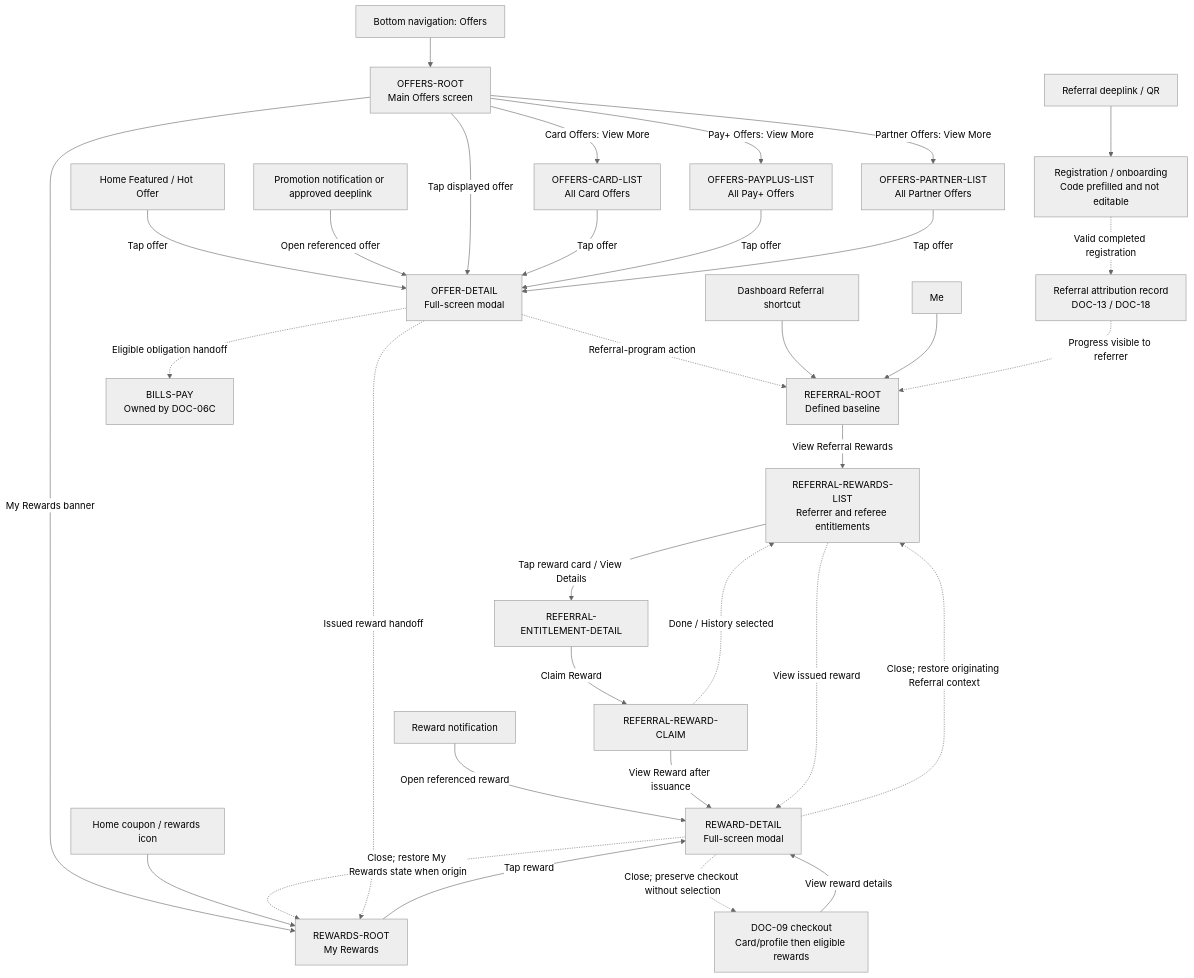
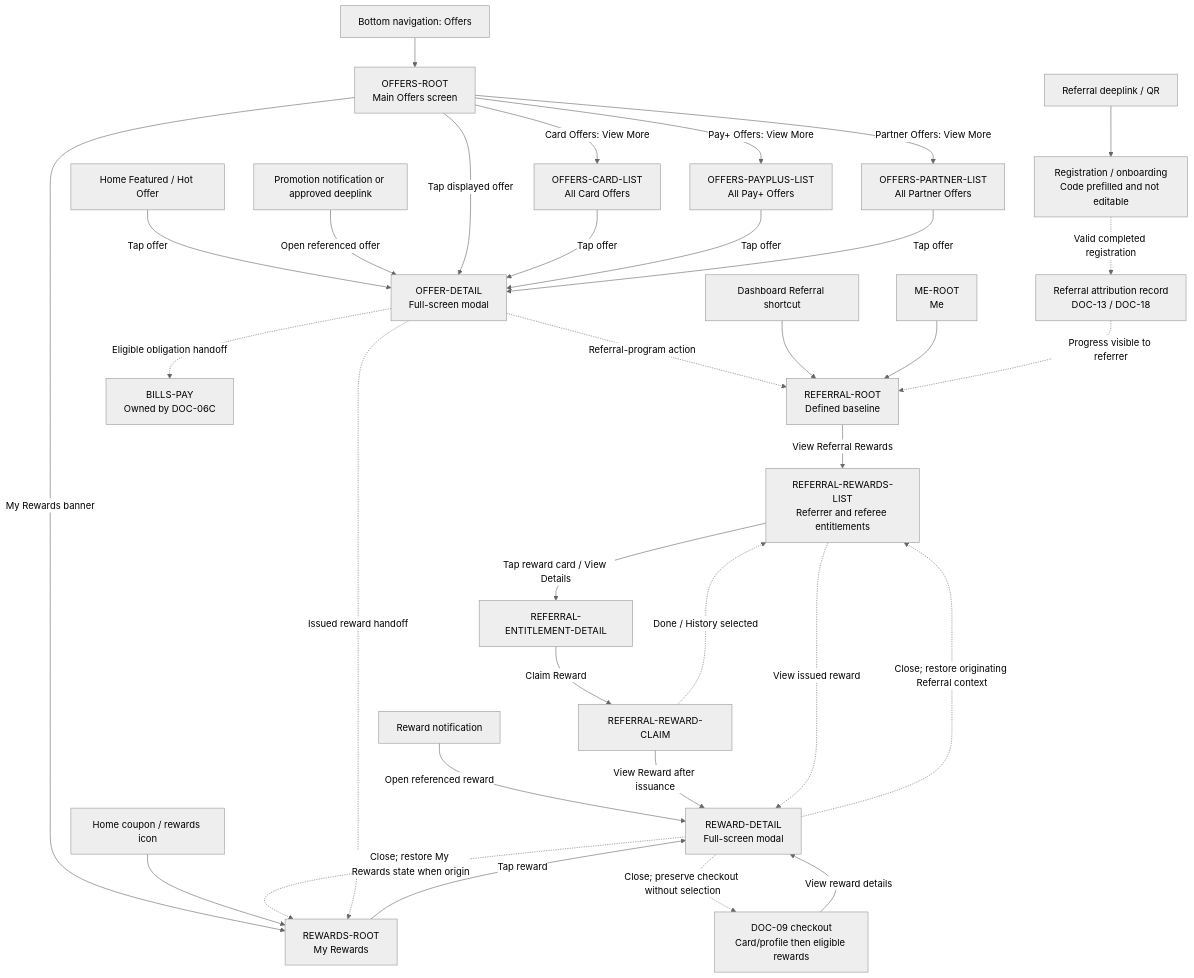
Before and after one commit to adminpayplus/payplus-docs: the seventh of 8 diagrams in docs/diagrams/payplus-app-route-entry-map.md, drawn with Mermaid (neutral theme). The commit also changed other lines of this file and 13 other files, not shown here.

````diff
--- a/docs/diagrams/payplus-app-route-entry-map.md
+++ b/docs/diagrams/payplus-app-route-entry-map.md
@@ -219,40 +218,40 @@
 ```mermaid
 flowchart TD
   NAV["Bottom navigation: Offers"] --> OROOT["OFFERS-ROOT<br/>Main Offers screen"]
   FEATURED["Home Featured / Hot Offer"] -->|"Tap offer"| ODETAIL["OFFER-DETAIL<br/>Full-screen modal"]
   PROMONOTIF["Promotion notification or approved deeplink"] -->|"Open referenced offer"| ODETAIL
 
   OROOT -->|"Tap displayed offer"| ODETAIL
   OROOT -->|"Card Offers: View More"| CARDLIST["OFFERS-CARD-LIST<br/>All Card Offers"]
   OROOT -->|"Pay+ Offers: View More"| PAYPLUSLIST["OFFERS-PAYPLUS-LIST<br/>All Pay+ Offers"]
   OROOT -->|"Partner Offers: View More"| PARTNERLIST["OFFERS-PARTNER-LIST<br/>All Partner Offers"]
   CARDLIST -->|"Tap offer"| ODETAIL
   PAYPLUSLIST -->|"Tap offer"| ODETAIL
   PARTNERLIST -->|"Tap offer"| ODETAIL
 
   OROOT -->|"My Rewards banner"| REWARDS["REWARDS-ROOT<br/>My Rewards"]
   REWARDICON["Home coupon / rewards icon"] --> REWARDS
   REWARDNOTIF["Reward notification"] -->|"Open referenced reward"| RDETAIL["REWARD-DETAIL<br/>Full-screen modal"]
   REWARDS -->|"Tap reward"| RDETAIL
   RDETAIL -. "Close; restore My Rewards state when origin" .-> REWARDS
   CHECKOUT["DOC-09 checkout<br/>Card/profile then eligible rewards"] -->|"View reward details"| RDETAIL
   RDETAIL -. "Close; preserve checkout without selection" .-> CHECKOUT
 
   ODETAIL -. "Referral-program action" .-> REFERRAL
   REFSHORTCUT["Dashboard Referral shortcut"] --> REFERRAL["REFERRAL-ROOT<br/>Defined baseline"]
-  ME["Me"] --> REFERRAL
+  ME["ME-ROOT<br/>Me"] --> REFERRAL
   REFERRAL -->|"View Referral Rewards"| REFLIST["REFERRAL-REWARDS-LIST<br/>Referrer and referee entitlements"]
   REFLIST -->|"Tap reward card / View Details"| REFDETAIL["REFERRAL-ENTITLEMENT-DETAIL"]
   REFDETAIL -->|"Claim Reward"| REFCLAIM["REFERRAL-REWARD-CLAIM"]
   REFCLAIM -->|"View Reward after issuance"| RDETAIL
   REFCLAIM -. "Done / History selected" .-> REFLIST
   REFLIST -. "View issued reward" .-> RDETAIL
   RDETAIL -. "Close; restore originating Referral context" .-> REFLIST
 
   REFLINK["Referral deeplink / QR"] --> REGISTRATION["Registration / onboarding<br/>Code prefilled and not editable"]
   REGISTRATION -. "Valid completed registration" .-> ATTRIBUTION["Referral attribution record<br/>DOC-13 / DOC-18"]
   ATTRIBUTION -. "Progress visible to referrer" .-> REFERRAL
 
   ODETAIL -. "Issued reward handoff" .-> REWARDS
   ODETAIL -. "Eligible obligation handoff" .-> BPAY["BILLS-PAY<br/>Owned by DOC-06C"]
 ```
````
